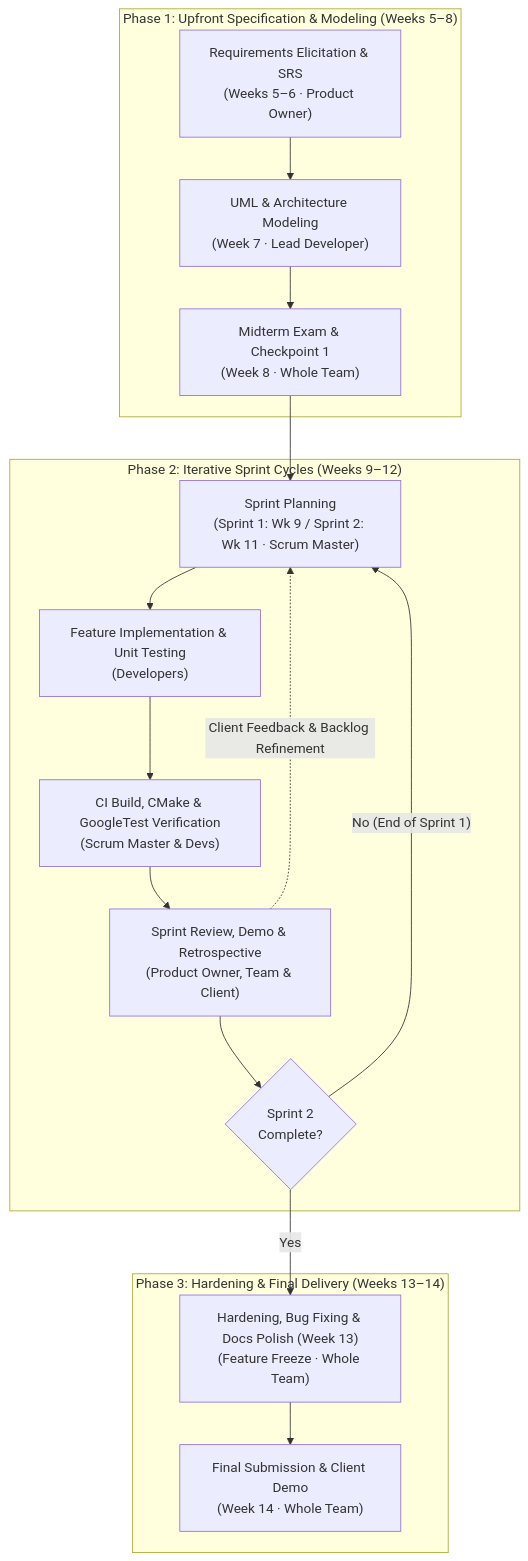
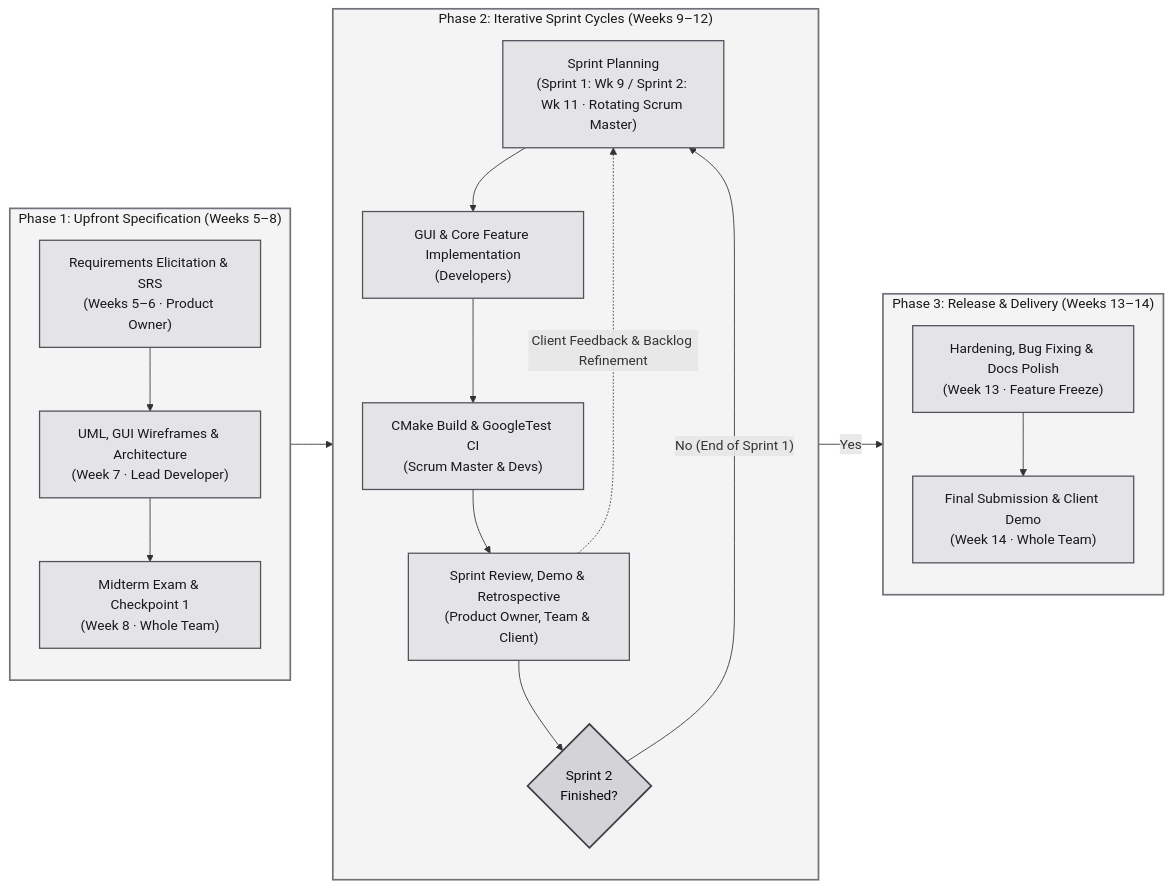
Before and after one commit to sinmynanon3333-boop/clubhub-BinaryOne: the diagram in lab04/process-decision.md, drawn with Mermaid. The commit also changed 1 other file, not shown here.

Commit message:
do the change on task 3

````diff
--- a/lab04/process-decision.md
+++ b/lab04/process-decision.md
@@ -72,24 +72,42 @@
 ```mermaid
-flowchart TD
-    subgraph Phase1 ["Phase 1: Upfront Specification & Modeling (Weeks 5–8)"]
-        A["Requirements Elicitation & SRS<br/>(Weeks 5–6 · Product Owner)"] --> B["UML & Architecture Modeling<br/>(Week 7 · Lead Developer)"]
-        B --> C["Midterm Exam & Checkpoint 1<br/>(Week 8 · Whole Team)"]
+flowchart LR
+    %% Custom Gray Theme Styling
+    classDef phaseBox fill:#f4f4f5,stroke:#71717a,stroke-width:2px,color:#18181b
+    classDef stepNode fill:#e4e4e7,stroke:#52525b,stroke-width:1.5px,color:#18181b
+    classDef decisionNode fill:#d4d4d8,stroke:#3f3f46,stroke-width:2px,color:#09090b
+
+    subgraph Phase1 ["Phase 1: Upfront Specification (Weeks 5–8)"]
+        direction TB
+        A["Requirements Elicitation & SRS<br/>(Weeks 5–6 · Product Owner)"]:::stepNode
+        B["UML, GUI Wireframes & Architecture<br/>(Week 7 · Lead Developer)"]:::stepNode
+        C["Midterm Exam & Checkpoint 1<br/>(Week 8 · Whole Team)"]:::stepNode
+        A --> B --> C
     end
 
     subgraph Phase2 ["Phase 2: Iterative Sprint Cycles (Weeks 9–12)"]
-        C --> D["Sprint Planning<br/>(Sprint 1: Wk 9 / Sprint 2: Wk 11 · Scrum Master)"]
-        D --> E["Feature Implementation & Unit Testing<br/>(Developers)"]
-        E --> F["CI Build, CMake & GoogleTest Verification<br/>(Scrum Master & Devs)"]
-        F --> G["Sprint Review, Demo & Retrospective<br/>(Product Owner, Team & Client)"]
-        H{"Sprint 2<br/>Complete?"}
-        G --> H
+        direction TB
+        D["Sprint Planning<br/>(Sprint 1: Wk 9 / Sprint 2: Wk 11 · Rotating Scrum Master)"]:::stepNode
+        E["GUI & Core Feature Implementation<br/>(Developers)"]:::stepNode
+        F["CMake Build & GoogleTest CI<br/>(Scrum Master & Devs)"]:::stepNode
+        G["Sprint Review, Demo & Retrospective<br/>(Product Owner, Team & Client)"]:::stepNode
+        H{"Sprint 2<br/>Finished?"}:::decisionNode
+
+        D --> E --> F --> G --> H
         H -- "No (End of Sprint 1)" --> D
+        G -. "Client Feedback & Backlog Refinement" .-> D
     end
 
-    subgraph Phase3 ["Phase 3: Hardening & Final Delivery (Weeks 13–14)"]
-        H -- "Yes" --> I["Hardening, Bug Fixing & Docs Polish (Week 13)<br/>(Feature Freeze · Whole Team)"]
-        I --> J["Final Submission & Client Demo<br/>(Week 14 · Whole Team)"]
+    subgraph Phase3 ["Phase 3: Release & Delivery (Weeks 13–14)"]
+        direction TB
+        I["Hardening, Bug Fixing & Docs Polish<br/>(Week 13 · Feature Freeze)"]:::stepNode
+        J["Final Submission & Client Demo<br/>(Week 14 · Whole Team)"]:::stepNode
+        I --> J
     end
 
-    G -. "Client Feedback & Backlog Refinement" .-> D
+    %% Connections between phases
+    C --> D
+    H -- "Yes" --> I
+
+    %% Apply gray styling to the phase containers
+    class Phase1,Phase2,Phase3 phaseBox
 ```
````
